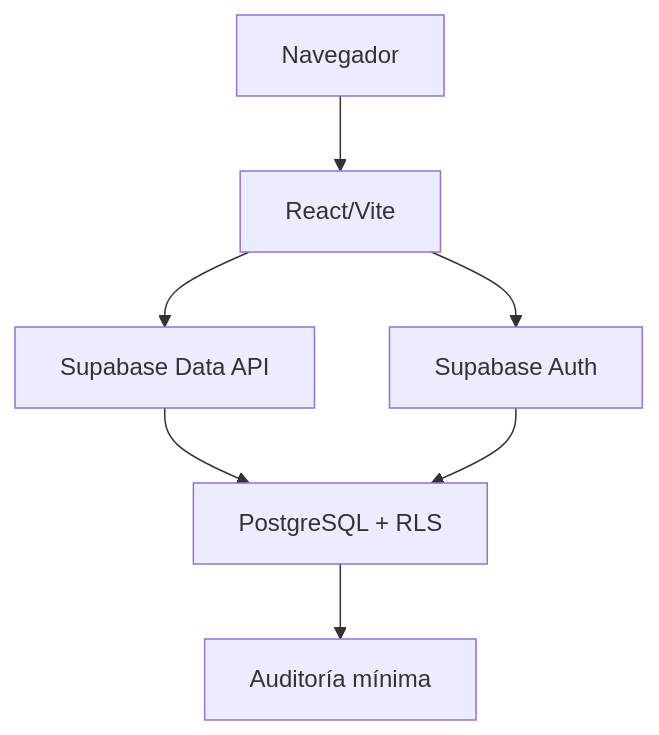
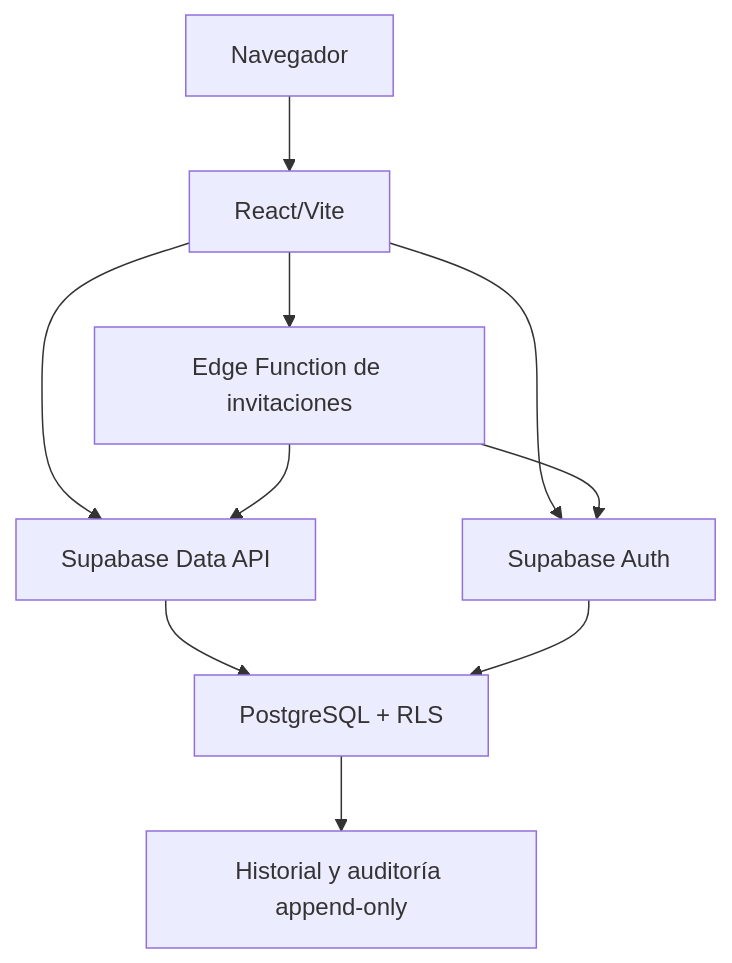
The diagram in docs/architecture/overview.md (grovergonzalez8/Sistema-Voluntariado), drawn with Mermaid before and after one commit. The commit also changed other lines of this file and 20 other files, not shown here.

````diff
--- a/docs/architecture/overview.md
+++ b/docs/architecture/overview.md
@@ -5,9 +5,12 @@
 ```mermaid
 flowchart TB
   Browser["Navegador"] --> Web["React/Vite"]
   Web --> Auth["Supabase Auth"]
   Web --> API["Supabase Data API"]
+  Web --> Edge["Edge Function de invitaciones"]
+  Edge --> Auth
+  Edge --> API
   API --> RLS["PostgreSQL + RLS"]
   Auth --> RLS
-  RLS --> Audit["Auditoría mínima"]
+  RLS --> Audit["Historial y auditoría append-only"]
 ```
````
